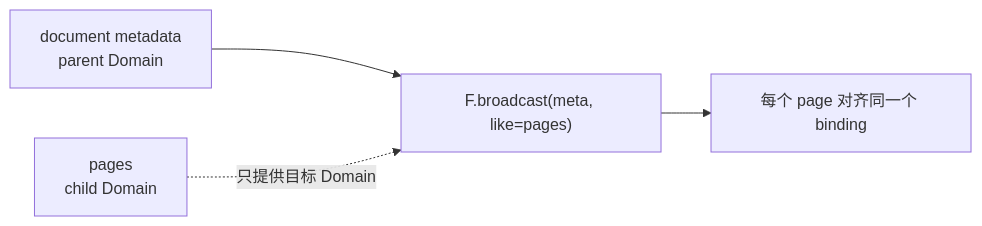
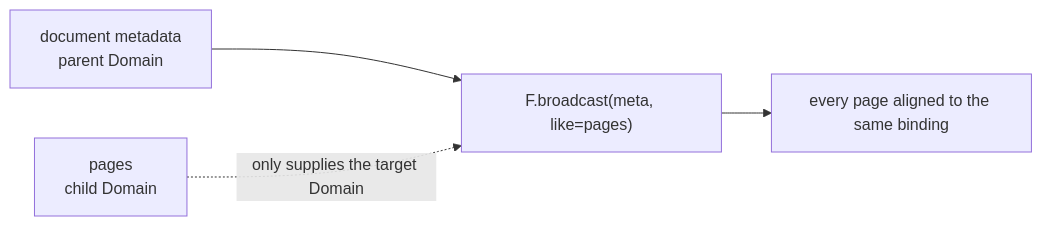
One commit to OpenDCAI/RayOrch changed the tenth of 24 diagrams in docs/multigrain_v3_6_getting_started.md. Above: the diagram before and after it, drawn with Mermaid. The commit also changed other lines of this file and 31 other files, not shown here.

Commit message:
docs(v3.6): publish bilingual architecture guides

````diff
--- a/docs/multigrain_v3_6_getting_started.md
+++ b/docs/multigrain_v3_6_getting_started.md
@@ -843,11 +1259,11 @@
 ```mermaid
 flowchart LR
     Meta["document metadata<br/>parent Domain"]
     Like["pages<br/>child Domain"]
     Broadcast["F.broadcast(meta, like=pages)"]
-    Copies["每个 page 对齐同一个 binding"]
+    Copies["every page aligned to the same binding"]
 
     Meta --> Broadcast
-    Like -. "只提供目标 Domain" .-> Broadcast
+    Like -. "only supplies the target Domain" .-> Broadcast
     Broadcast --> Copies
 ```
````
